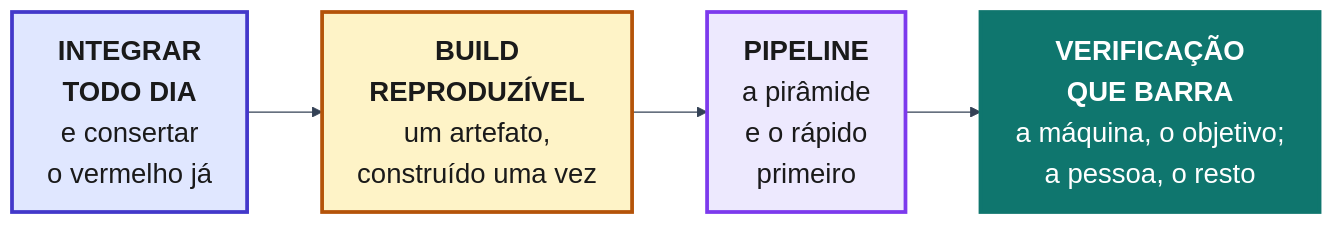
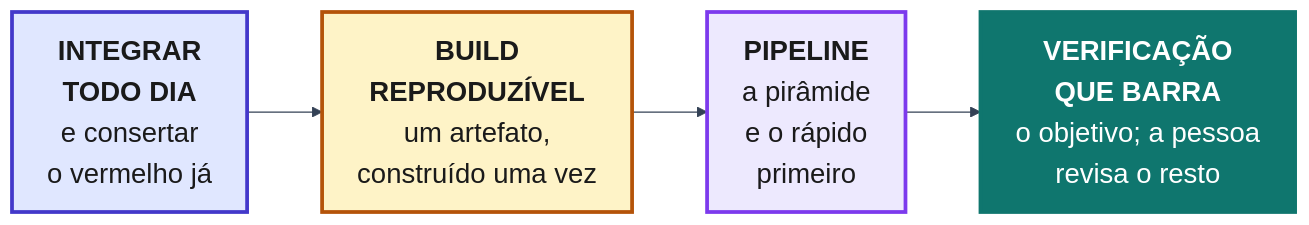
The diagram in bloco-3-do-codigo-a-producao/aula-10-integracao-continua/apresentacao/img/o-que-fica.mmd (jreluiz/curso-projeto-software), drawn with Mermaid before and after one commit. The commit also changed 2 other files, not shown here.

```diff
--- a/bloco-3-do-codigo-a-producao/aula-10-integracao-continua/apresentacao/img/o-que-fica.mmd
+++ b/bloco-3-do-codigo-a-producao/aula-10-integracao-continua/apresentacao/img/o-que-fica.mmd
@@ -1,36 +1,36 @@
 ---
 config:
   theme: base
   fontFamily: "Helvetica Neue, Helvetica, Arial, sans-serif"
   themeVariables:
     fontSize: 22px
     lineColor: "#334155"
     primaryColor: "#e7f2f0"
     primaryTextColor: "#1a1a1a"
     primaryBorderColor: "#0f766e"
     edgeLabelBackground: "#fdfdfb"
     clusterBkg: "#f8fafc"
     clusterBorder: "#94a3b8"
   flowchart:
     nodeSpacing: 30
     rankSpacing: 60
     padding: 14
     wrappingWidth: 600
 ---
 flowchart LR
     I["<b>INTEGRAR</b><br/><b>TODO DIA</b><br/>e consertar<br/>o vermelho já"]
     B["<b>BUILD</b><br/><b>REPRODUZÍVEL</b><br/>um artefato,<br/>construído uma vez"]
     P["<b>PIPELINE</b><br/>a pirâmide<br/>e o rápido<br/>primeiro"]
-    V["<b>VERIFICAÇÃO</b><br/><b>QUE BARRA</b><br/>a máquina, o objetivo;<br/>a pessoa, o resto"]
+    V["<b>VERIFICAÇÃO</b><br/><b>QUE BARRA</b><br/>o objetivo; a pessoa<br/>revisa o resto"]
     I --> B --> P --> V
     classDef ind fill:#e0e7ff,stroke:#4338ca,stroke-width:3px,color:#1a1a1a
     classDef sla fill:#f1f5f9,stroke:#334155,stroke-width:3px,color:#1a1a1a
     classDef grn fill:#dcfce7,stroke:#15803d,stroke-width:3px,color:#1a1a1a
     classDef red fill:#fee2e2,stroke:#b91c1c,stroke-width:3px,color:#1a1a1a
     classDef amb fill:#fef3c7,stroke:#b45309,stroke-width:3px,color:#1a1a1a
     classDef vio fill:#ede9fe,stroke:#7c3aed,stroke-width:3px,color:#1a1a1a
     classDef teal fill:#0f766e,stroke:#0f766e,stroke-width:3px,color:#ffffff
     class I ind
     class B amb
     class P vio
     class V teal
```
